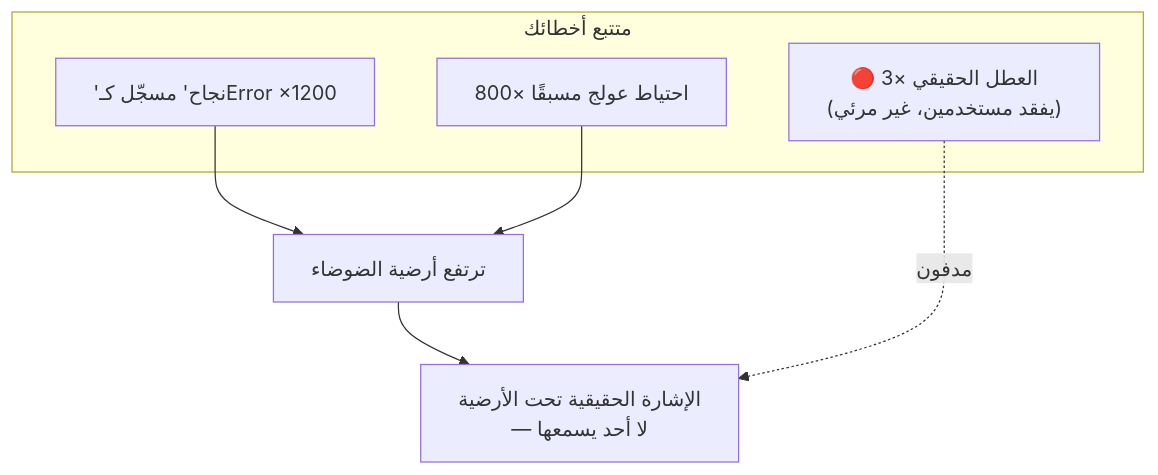
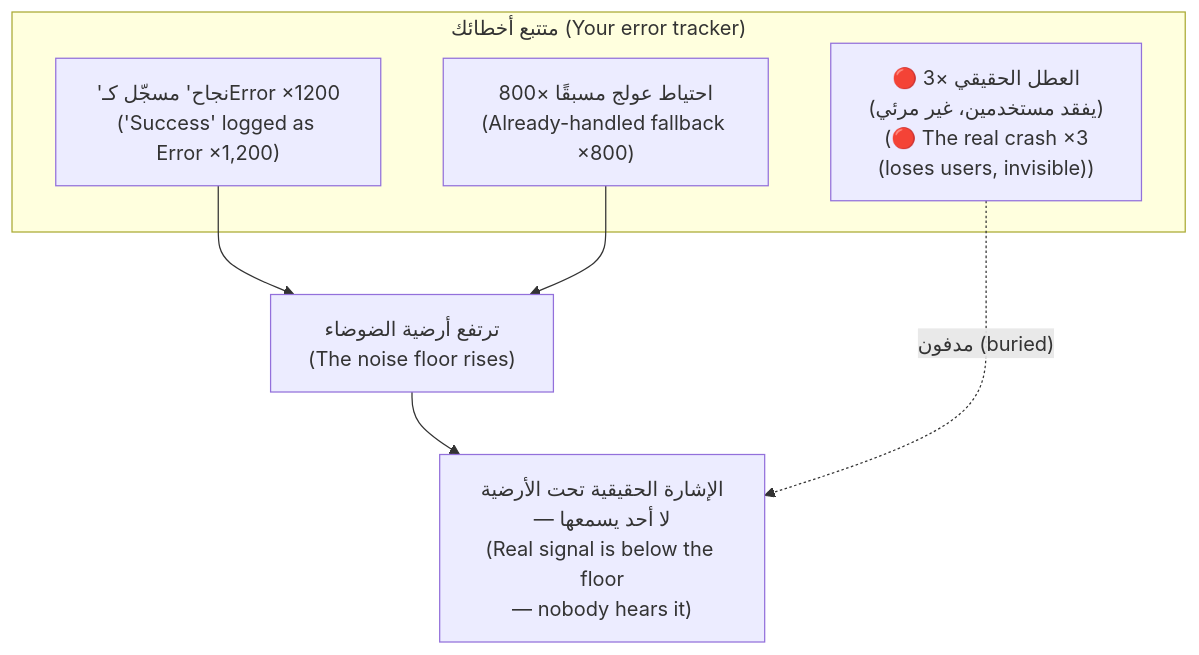
The second of 6 diagrams in modules/07-observability/module.ar.md (Tamoura/system-design-for-vibe-coders), drawn with Mermaid before and after one commit. The commit also changed other lines of this file and 62 other files, not shown here.

First line of the commit message:
Arabic editions: English on every diagram label, RTL fixes, rebuild

````diff
--- a/modules/07-observability/module.ar.md
+++ b/modules/07-observability/module.ar.md
@@ -191,12 +191,12 @@
 ```mermaid
 flowchart TD
-    subgraph tracker["متتبع أخطائك"]
-        N1["'نجاح' مسجّل كـError ×1200"]
-        N2["احتياط عولج مسبقًا ×800"]
-        R["🔴 العطل الحقيقي ×3<br/>(يفقد مستخدمين، غير مرئي)"]
+    subgraph tracker["متتبع أخطائك (Your error tracker)"]
+        N1["'نجاح' مسجّل كـError ×1200<br/>('Success' logged as Error ×1,200)"]
+        N2["احتياط عولج مسبقًا ×800<br/>(Already-handled fallback ×800)"]
+        R["🔴 العطل الحقيقي ×3<br/>(يفقد مستخدمين، غير مرئي)<br/>(🔴 The real crash ×3<br/>(loses users, invisible))"]
     end
-    N1 --> FLOOR["ترتفع أرضية الضوضاء"]
+    N1 --> FLOOR["ترتفع أرضية الضوضاء<br/>(The noise floor rises)"]
     N2 --> FLOOR
-    FLOOR --> DEAF["الإشارة الحقيقية تحت الأرضية<br/>— لا أحد يسمعها"]
-    R -.مدفون.-> DEAF
+    FLOOR --> DEAF["الإشارة الحقيقية تحت الأرضية<br/>— لا أحد يسمعها<br/>(Real signal is below the floor<br/>— nobody hears it)"]
+    R -.->|"مدفون (buried)"| DEAF
 ```
````
